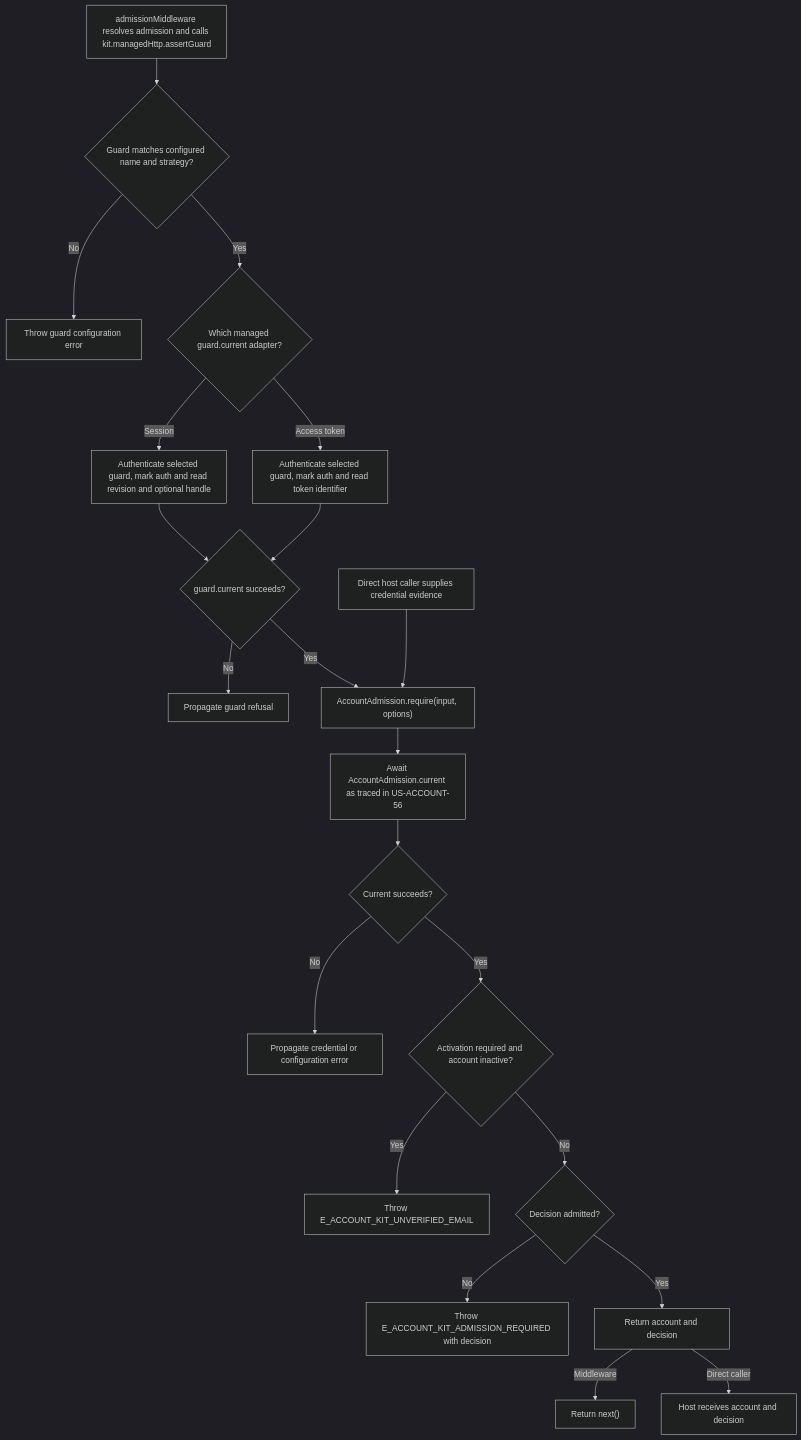
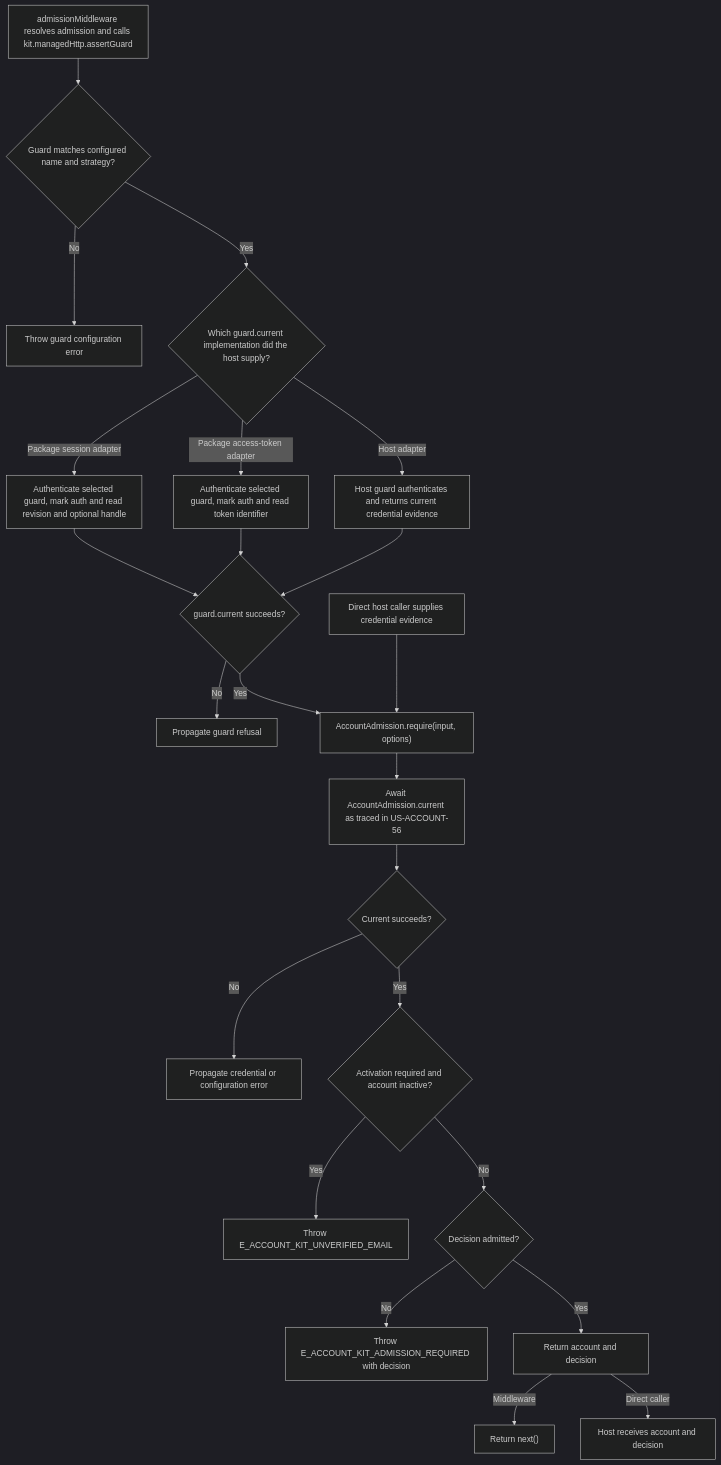
Before and after one commit to Kevinjohn/oss-adonisjs-account-kit: the second of 2 diagrams in user-stories/US-ACCOUNT-25-gate-application-route.md, drawn with Mermaid (dark theme). The commit also changed 42 other files, not shown here.

````diff
--- a/user-stories/US-ACCOUNT-25-gate-application-route.md
+++ b/user-stories/US-ACCOUNT-25-gate-application-route.md
@@ -38,23 +38,25 @@
 ```mermaid
 flowchart TD
  A["admissionMiddleware resolves admission and calls kit.managedHttp.assertGuard"] --> B{"Guard matches configured name and strategy?"}
  B -->|No| X["Throw guard configuration error"]
- B -->|Yes| C{"Which managed guard.current adapter?"}
- C -->|Session| D["Authenticate selected guard, mark auth and read revision and optional handle"]
- C -->|Access token| E["Authenticate selected guard, mark auth and read token identifier"]
+ B -->|Yes| C{"Which guard.current implementation did the host supply?"}
+ C -->|Package session adapter| D["Authenticate selected guard, mark auth and read revision and optional handle"]
+ C -->|Package access-token adapter| E["Authenticate selected guard, mark auth and read token identifier"]
+ C -->|Host adapter| T["Host guard authenticates and returns current credential evidence"]
  D --> Q{"guard.current succeeds?"}
  E --> Q
+ T --> Q
  Q -->|No| Z["Propagate guard refusal"]
  Q -->|Yes| F["AccountAdmission.require(input, options)"]
  S["Direct host caller supplies credential evidence"] --> F
  F --> G["Await AccountAdmission.current as traced in US-ACCOUNT-56"]
  G --> H{"Current succeeds?"}
  H -->|No| Y["Propagate credential or configuration error"]
  H -->|Yes| I{"Activation required and account inactive?"}
  I -->|Yes| J["Throw E_ACCOUNT_KIT_UNVERIFIED_EMAIL"]
  I -->|No| K{"Decision admitted?"}
  K -->|No| L["Throw E_ACCOUNT_KIT_ADMISSION_REQUIRED with decision"]
  K -->|Yes| M["Return account and decision"]
  M -->|Middleware| N["Return next()"]
  M -->|Direct caller| O["Host receives account and decision"]
 ```
````
